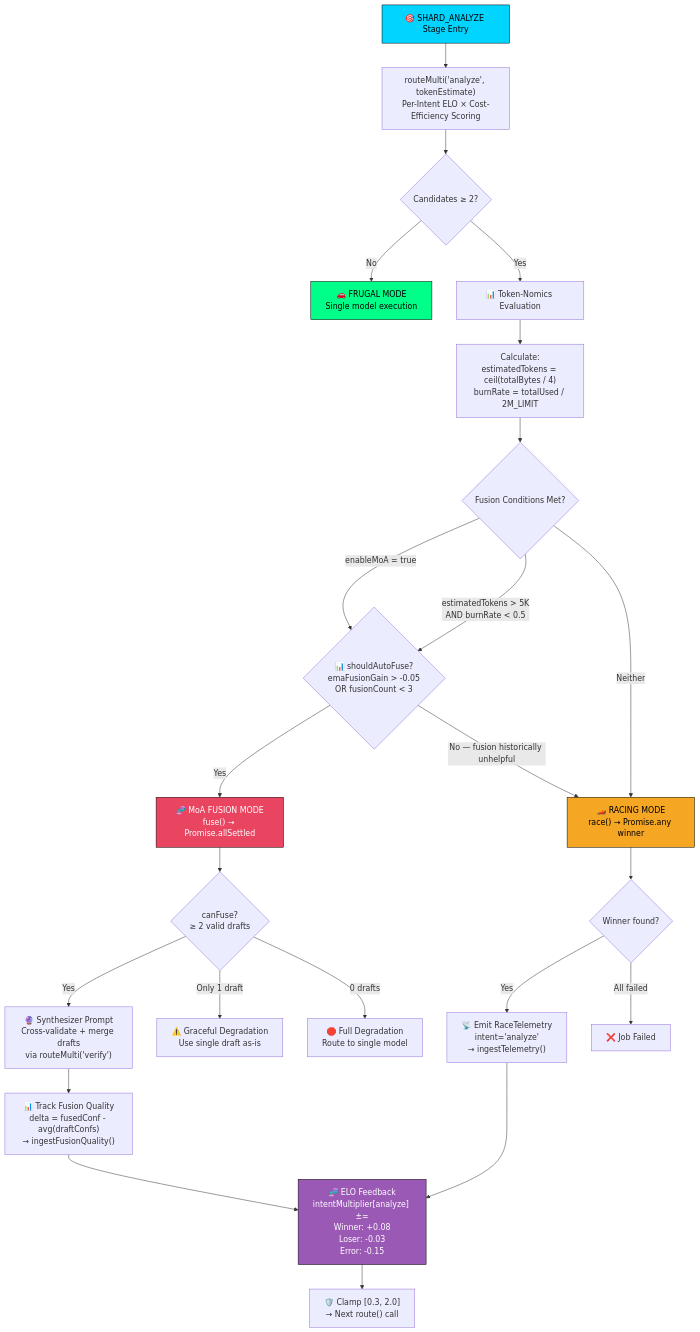
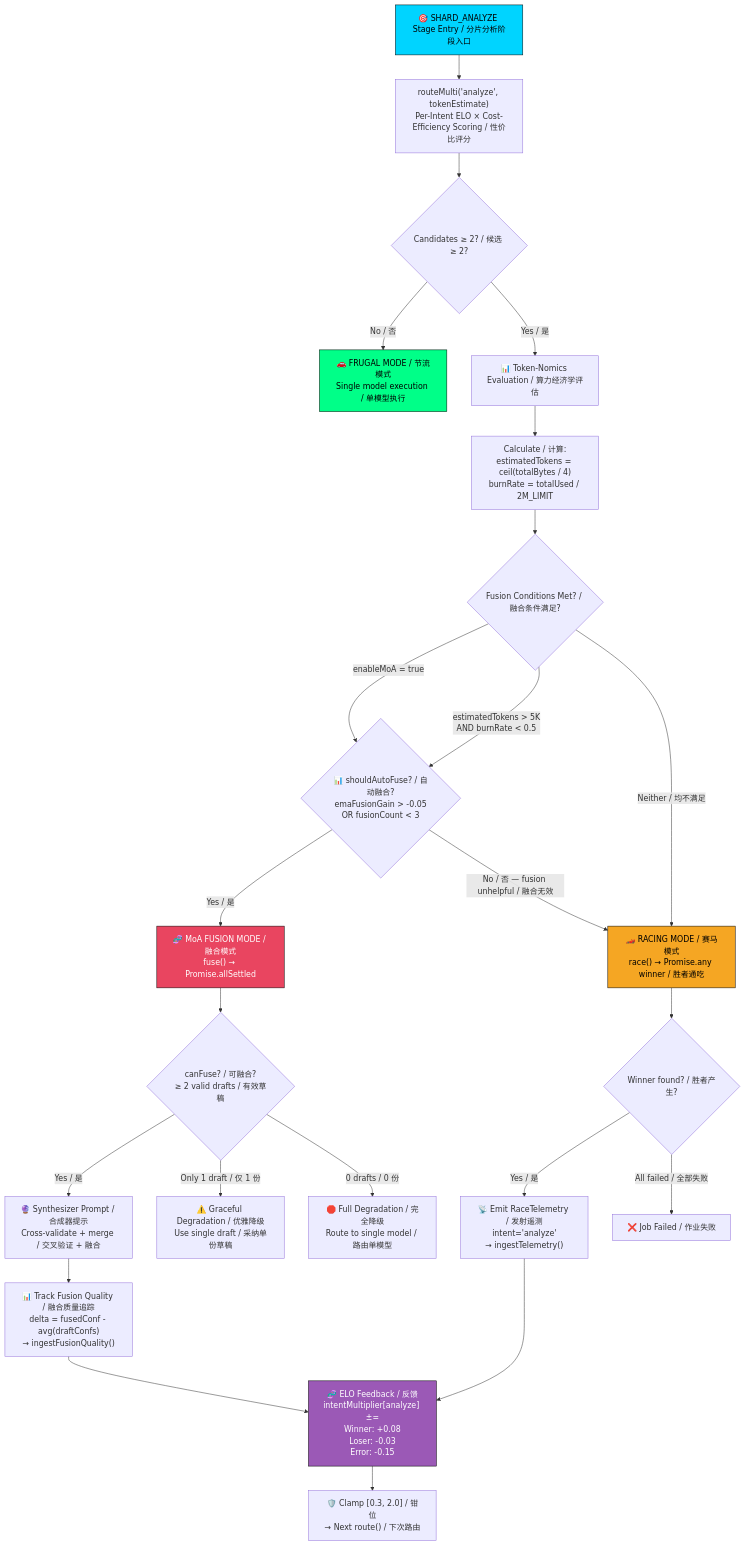
The second of 3 diagrams in ARCHITECTURE.md (like3213934360-lab/conductor), drawn with Mermaid before and after one commit. The commit also changed other lines of this file and 2 other files, not shown here.

Commit message:
docs: 🌏 全量中英双语改写 — README.md + ARCHITECTURE.md + taskd README.md

````diff
--- a/ARCHITECTURE.md
+++ b/ARCHITECTURE.md
@@ -165,40 +173,40 @@
 ```mermaid
 flowchart TD
-    START["🎯 SHARD_ANALYZE Stage Entry"] --> ROUTE["routeMulti('analyze', tokenEstimate)<br/>Per-Intent ELO × Cost-Efficiency Scoring"]
+    START["🎯 SHARD_ANALYZE Stage Entry / 分片分析阶段入口"] --> ROUTE["routeMulti('analyze', tokenEstimate)<br/>Per-Intent ELO × Cost-Efficiency Scoring / 性价比评分"]
     
-    ROUTE --> CANDIDATES{"Candidates ≥ 2?"}
-    CANDIDATES -->|"No"| FRUGAL["🚗 FRUGAL MODE<br/>Single model execution"]
-    CANDIDATES -->|"Yes"| TOKENOMICS["📊 Token-Nomics Evaluation"]
+    ROUTE --> CANDIDATES{"Candidates ≥ 2? / 候选 ≥ 2?"}
+    CANDIDATES -->|"No / 否"| FRUGAL["🚗 FRUGAL MODE / 节流模式<br/>Single model execution / 单模型执行"]
+    CANDIDATES -->|"Yes / 是"| TOKENOMICS["📊 Token-Nomics Evaluation / 算力经济学评估"]
 
-    TOKENOMICS --> CALC["Calculate:<br/>estimatedTokens = ceil(totalBytes / 4)<br/>burnRate = totalUsed / 2M_LIMIT"]
+    TOKENOMICS --> CALC["Calculate / 计算:<br/>estimatedTokens = ceil(totalBytes / 4)<br/>burnRate = totalUsed / 2M_LIMIT"]
     
-    CALC --> FUSION_CHECK{"Fusion Conditions Met?"}
+    CALC --> FUSION_CHECK{"Fusion Conditions Met? / 融合条件满足?"}
     
     FUSION_CHECK -->|"enableMoA = true"| FUSION_QUALITY
     FUSION_CHECK -->|"estimatedTokens > 5K<br/>AND burnRate < 0.5"| FUSION_QUALITY
-    FUSION_CHECK -->|"Neither"| RACING["🏎️ RACING MODE<br/>race() → Promise.any winner"]
+    FUSION_CHECK -->|"Neither / 均不满足"| RACING["🏎️ RACING MODE / 赛马模式<br/>race() → Promise.any winner / 胜者通吃"]
 
-    FUSION_QUALITY{"📊 shouldAutoFuse?<br/>emaFusionGain > -0.05<br/>OR fusionCount < 3"} -->|"Yes"| MOA["🧬 MoA FUSION MODE<br/>fuse() → Promise.allSettled"]
-    FUSION_QUALITY -->|"No — fusion historically unhelpful"| RACING
+    FUSION_QUALITY{"📊 shouldAutoFuse? / 自动融合?<br/>emaFusionGain > -0.05<br/>OR fusionCount < 3"} -->|"Yes / 是"| MOA["🧬 MoA FUSION MODE / 融合模式<br/>fuse() → Promise.allSettled"]
+    FUSION_QUALITY -->|"No / 否 — fusion unhelpful / 融合无效"| RACING
 
-    MOA --> FUSE_RESULT{"canFuse?<br/>≥ 2 valid drafts"}
-    FUSE_RESULT -->|"Yes"| SYNTH["🔮 Synthesizer Prompt<br/>Cross-validate + merge drafts<br/>via routeMulti('verify')"]
-    FUSE_RESULT -->|"Only 1 draft"| DEGRADE1["⚠️ Graceful Degradation<br/>Use single draft as-is"]
-    FUSE_RESULT -->|"0 drafts"| DEGRADE2["🛑 Full Degradation<br/>Route to single model"]
+    MOA --> FUSE_RESULT{"canFuse? / 可融合?<br/>≥ 2 valid drafts / 有效草稿"}
+    FUSE_RESULT -->|"Yes / 是"| SYNTH["🔮 Synthesizer Prompt / 合成器提示<br/>Cross-validate + merge / 交叉验证 + 融合"]
+    FUSE_RESULT -->|"Only 1 draft / 仅 1 份"| DEGRADE1["⚠️ Graceful Degradation / 优雅降级<br/>Use single draft / 采纳单份草稿"]
+    FUSE_RESULT -->|"0 drafts / 0 份"| DEGRADE2["🛑 Full Degradation / 完全降级<br/>Route to single model / 路由单模型"]
 
-    SYNTH --> QUALITY_TRACK["📊 Track Fusion Quality<br/>delta = fusedConf - avg(draftConfs)<br/>→ ingestFusionQuality()"]
+    SYNTH --> QUALITY_TRACK["📊 Track Fusion Quality / 融合质量追踪<br/>delta = fusedConf - avg(draftConfs)<br/>→ ingestFusionQuality()"]
 
-    RACING --> RACE_RESULT{"Winner found?"}
-    RACE_RESULT -->|"Yes"| TELEMETRY["📡 Emit RaceTelemetry<br/>intent='analyze'<br/>→ ingestTelemetry()"]
-    RACE_RESULT -->|"All failed"| FAIL["❌ Job Failed"]
+    RACING --> RACE_RESULT{"Winner found? / 胜者产生?"}
+    RACE_RESULT -->|"Yes / 是"| TELEMETRY["📡 Emit RaceTelemetry / 发射遥测<br/>intent='analyze'<br/>→ ingestTelemetry()"]
+    RACE_RESULT -->|"All failed / 全部失败"| FAIL["❌ Job Failed / 作业失败"]
 
-    QUALITY_TRACK --> ELO_UPDATE["🧬 ELO Feedback<br/>intentMultiplier[analyze] ±=<br/>Winner: +0.08<br/>Loser: -0.03<br/>Error: -0.15"]
+    QUALITY_TRACK --> ELO_UPDATE["🧬 ELO Feedback / 反馈<br/>intentMultiplier[analyze] ±=<br/>Winner: +0.08<br/>Loser: -0.03<br/>Error: -0.15"]
     TELEMETRY --> ELO_UPDATE
-    ELO_UPDATE --> CLAMP["🛡️ Clamp [0.3, 2.0]<br/>→ Next route() call"]
+    ELO_UPDATE --> CLAMP["🛡️ Clamp [0.3, 2.0] / 钳位<br/>→ Next route() / 下次路由"]
 
     style START fill:#00d4ff,stroke:#000,color:#000
     style MOA fill:#e94560,stroke:#000,color:#fff
     style RACING fill:#f5a623,stroke:#000,color:#000
     style FRUGAL fill:#00ff88,stroke:#000,color:#000
     style ELO_UPDATE fill:#9b59b6,stroke:#000,color:#fff
 ```
````
